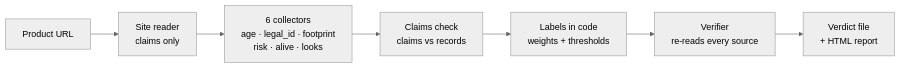
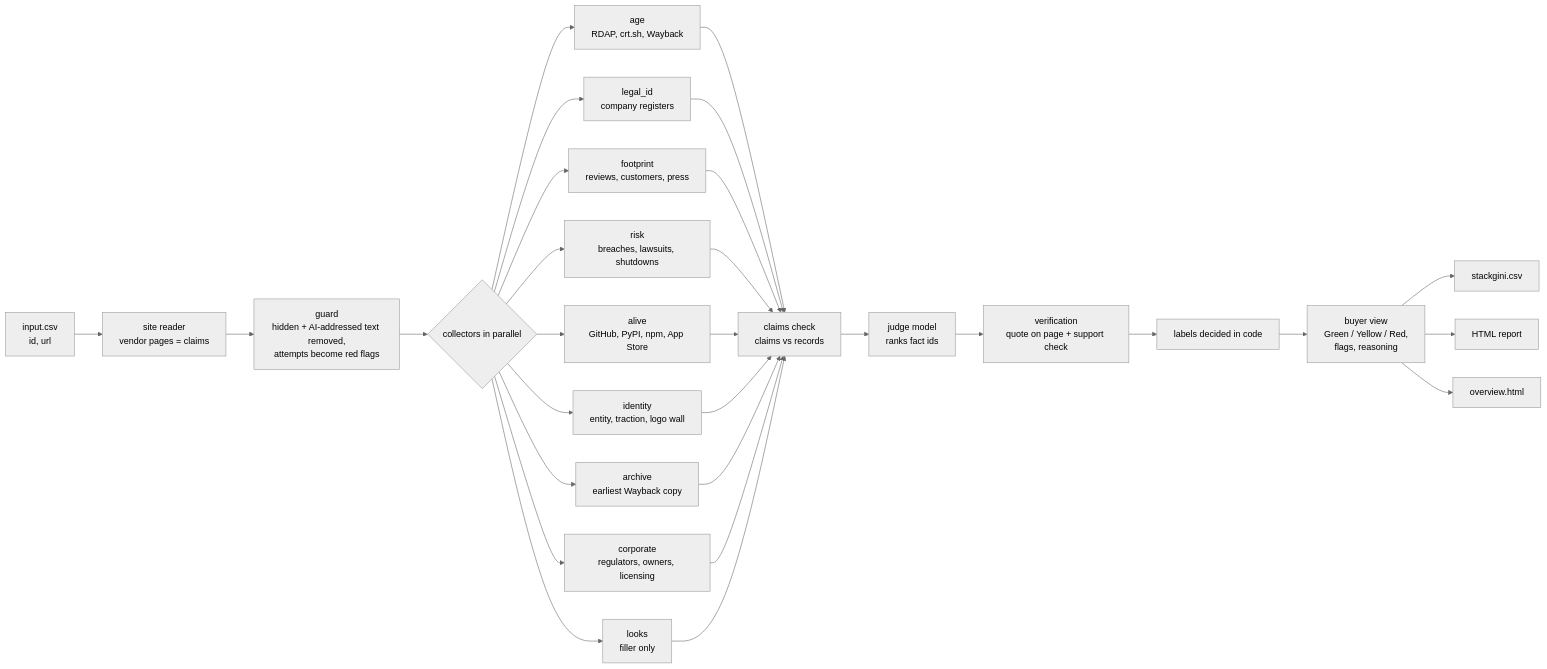
The diagram in README.md (aksingh1608/vet), drawn with Mermaid (neutral theme) before and after one commit. The commit also changed other lines of this file and 3 other files, not shown here.

First line of the commit message:
Judge-ready README; example input/output; overview screenshot

````diff
--- a/README.md
+++ b/README.md
@@ -24,9 +55,23 @@
 ```mermaid
 flowchart LR
-    A[Product URL] --> B[Site reader<br/>claims only]
-    B --> C[6 collectors<br/>age · legal_id · footprint<br/>risk · alive · looks]
-    C --> D[Claims check<br/>claims vs records]
-    D --> E[Labels in code<br/>weights + thresholds]
-    E --> F[Verifier<br/>re-reads every source]
-    F --> G[Verdict file<br/>+ HTML report]
+    A[input.csv<br/>id, url] --> B[site reader<br/>vendor pages = claims]
+    B --> G[guard<br/>hidden + AI-addressed text removed,<br/>attempts become red flags]
+    G --> C{collectors in parallel}
+    C --> C1[age<br/>RDAP, crt.sh, Wayback]
+    C --> C2[legal_id<br/>company registers]
+    C --> C3[footprint<br/>reviews, customers, press]
+    C --> C4[risk<br/>breaches, lawsuits, shutdowns]
+    C --> C5[alive<br/>GitHub, PyPI, npm, App Store]
+    C --> C6[identity<br/>entity, traction, logo wall]
+    C --> C7[archive<br/>earliest Wayback copy]
+    C --> C8[corporate<br/>regulators, owners, licensing]
+    C --> C9[looks<br/>filler only]
+    C1 & C2 & C3 & C4 & C5 & C6 & C7 & C8 & C9 --> D[claims check<br/>claims vs records]
+    D --> E[judge model<br/>ranks fact ids]
+    E --> F[verification<br/>quote on page + support check]
+    F --> H[labels decided in code]
+    H --> I[buyer view<br/>Green / Yellow / Red,<br/>flags, reasoning]
+    I --> J[stackgini.csv]
+    I --> K[HTML report]
+    I --> L[overview.html]
 ```
````
